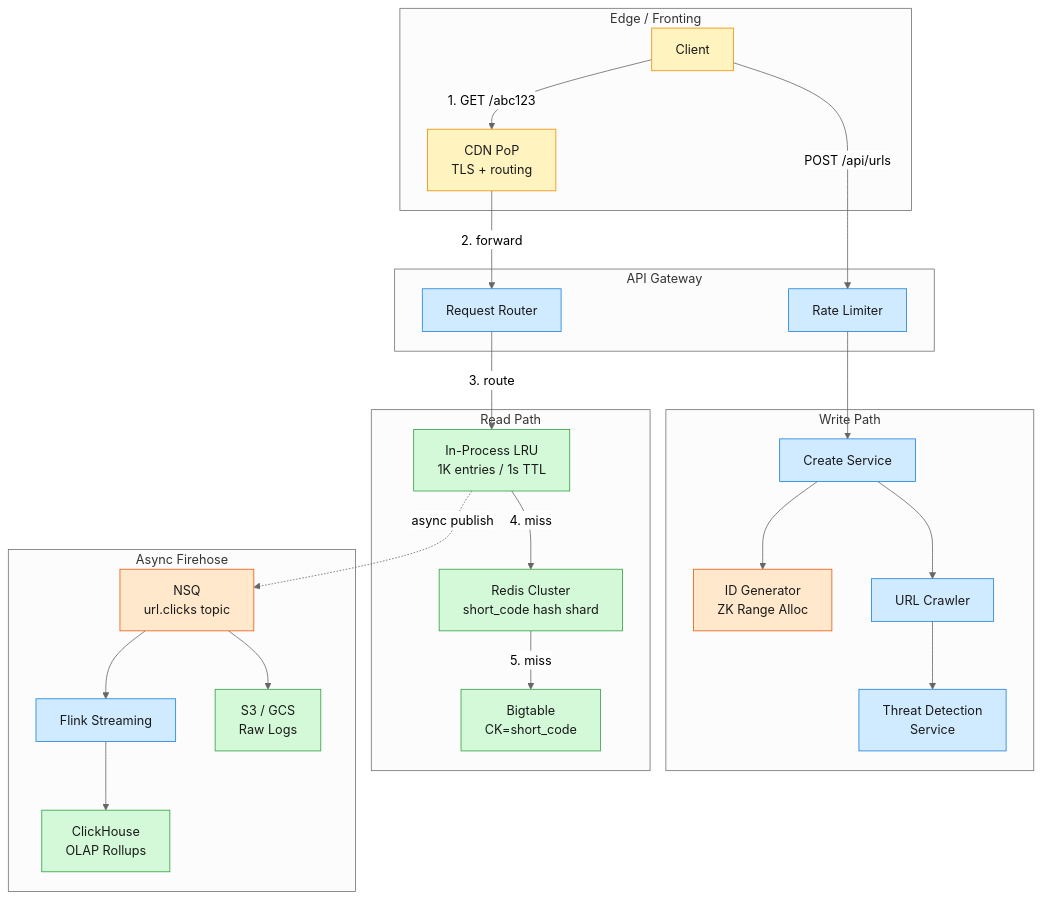
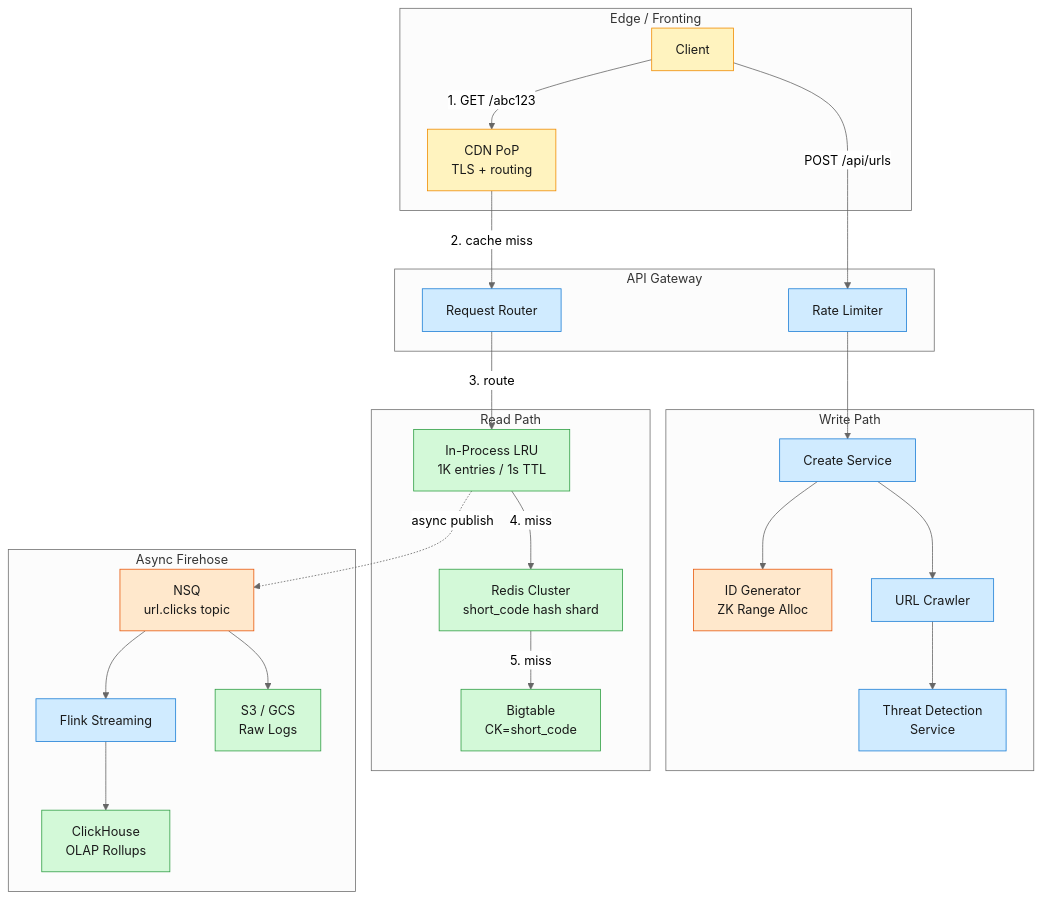
One commit to iliazlobin/iliazlobin.github.io changed the second of 2 diagrams in _posts/2026-06-29-system-design-bitly.md. Above: the diagram before and after it, drawn with Mermaid (neutral theme). The commit also changed other lines of this file and 30 other files, not shown here.

````diff
--- a/_posts/2026-06-29-system-design-bitly.md
+++ b/_posts/2026-06-29-system-design-bitly.md
@@ -110,57 +108,57 @@
 ```mermaid
 graph TB
     subgraph Edge["Edge / Fronting"]
         Client[Client]
         CDN[CDN PoP<br/>TLS + routing]
     end
 
     subgraph Gateway["API Gateway"]
         RateLimit[Rate Limiter]
         Router[Request Router]
     end
 
     subgraph WritePath["Write Path"]
         Creator[Create Service]
         IDGen[ID Generator<br/>ZK Range Alloc]
         Crawler[URL Crawler]
         TDS[Threat Detection<br/>Service]
     end
 
     subgraph ReadPath["Read Path"]
         L1[In-Process LRU<br/>1K entries / 1s TTL]
         L2[Redis Cluster<br/>short_code hash shard]
         L3[Bigtable<br/>CK=short_code]
     end
 
     subgraph Async["Async Firehose"]
         NSQ[NSQ<br/>url.clicks topic]
         Flink[Flink Streaming]
         ClickHouse[ClickHouse<br/>OLAP Rollups]
         Archive[S3 / GCS<br/>Raw Logs]
     end
 
     Client -->|1. GET /abc123| CDN
-    CDN -->|2. forward| Router
+    CDN -->|2. cache miss| Router
     Router -->|3. route| L1
     L1 -->|4. miss| L2
     L2 -->|5. miss| L3
     Client -->|POST /api/urls| RateLimit
     RateLimit --> Creator
     Creator --> IDGen
     Creator --> Crawler
     Crawler --> TDS
     L1 -.->|async publish| NSQ
     NSQ --> Flink
     Flink --> ClickHouse
     NSQ --> Archive
 
     classDef edge fill:#fff3bf,stroke:#f08c00,color:#1a1a1a;
     classDef svc fill:#d0ebff,stroke:#1c7ed6,color:#1a1a1a;
     classDef store fill:#d3f9d8,stroke:#2f9e44,color:#1a1a1a;
     classDef async fill:#ffe8cc,stroke:#e8590c,color:#1a1a1a;
 
     class Client,CDN edge;
     class Router,RateLimit,Creator,Crawler,TDS,Flink svc;
     class L1,L2,L3,ClickHouse,Archive store;
     class NSQ,IDGen async;
 ```
````
